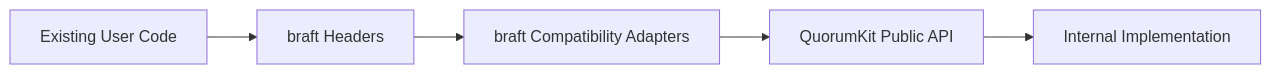
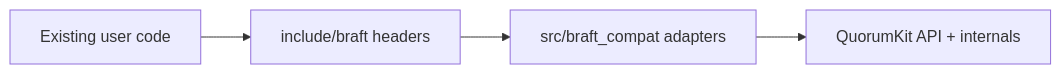
One commit to bringhurst/quorumkit changed the diagram in docs/explanation/braft-compatibility-surface.md. Above: the diagram before and after it, drawn with Mermaid. The commit also changed other lines of this file and 24 other files, not shown here.

````diff
--- a/docs/explanation/braft-compatibility-surface.md
+++ b/docs/explanation/braft-compatibility-surface.md
@@ -14,7 +12,6 @@
 ```mermaid
 flowchart LR
-    Legacy[Existing User Code] --> B[braft Headers]
-    B --> BC[braft Compatibility Adapters]
-    BC --> Q[QuorumKit Public API]
-    Q --> I[Internal Implementation]
+    Legacy[Existing user code] --> B[include/braft headers]
+    B --> BC[src/braft_compat adapters]
+    BC --> Q[QuorumKit API + internals]
 ```
````
